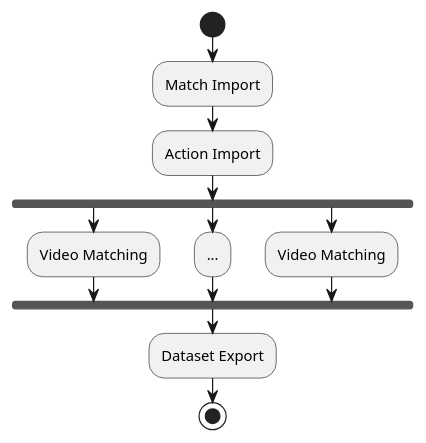
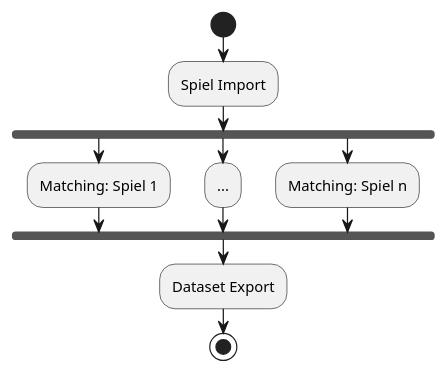
The diagram in fig/collection.puml (simnado/Master-Thesis), drawn with PlantUML before and after one commit. The commit also changed 9 other files, not shown here.

```diff
--- a/fig/collection.puml
+++ b/fig/collection.puml
@@ -1,19 +1,17 @@
 @startuml
 
 start
-:Match Import;
-:Action Import;
-
+:Spiel Import;
 fork
-:Video Matching;
+:Matching: Spiel 1;
 fork again
 :...;
 fork again
-:Video Matching;
+:Matching: Spiel n;
 end fork
 
 :Dataset Export;
 stop
 
 
 @enduml
```
